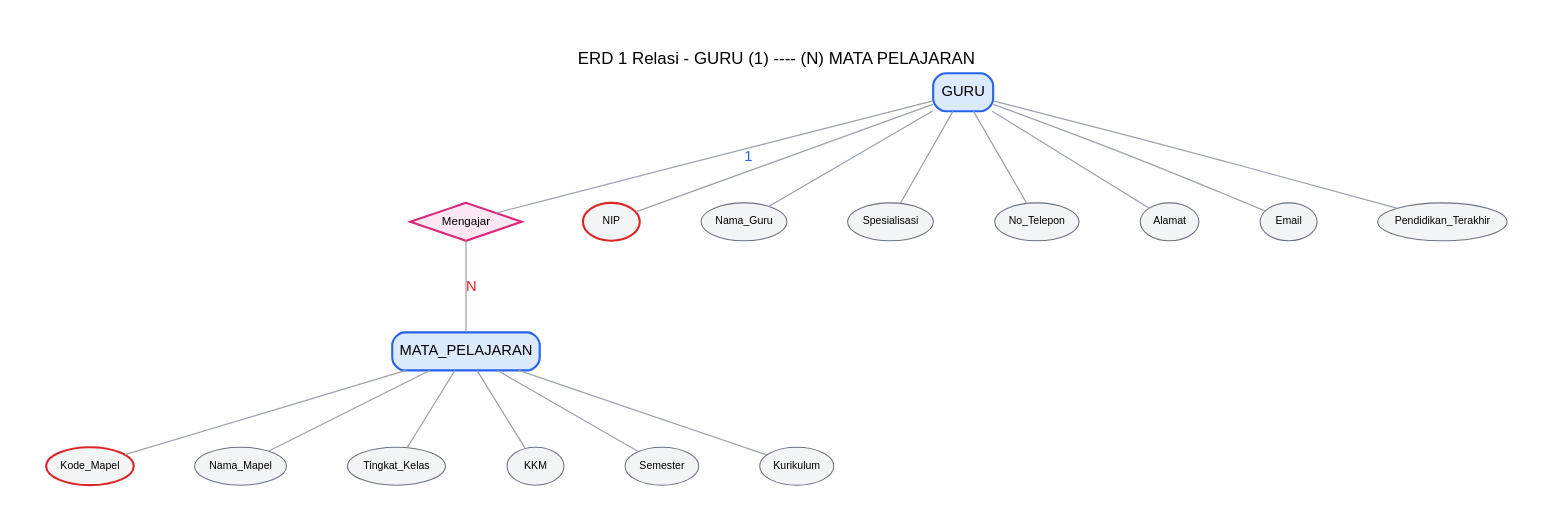
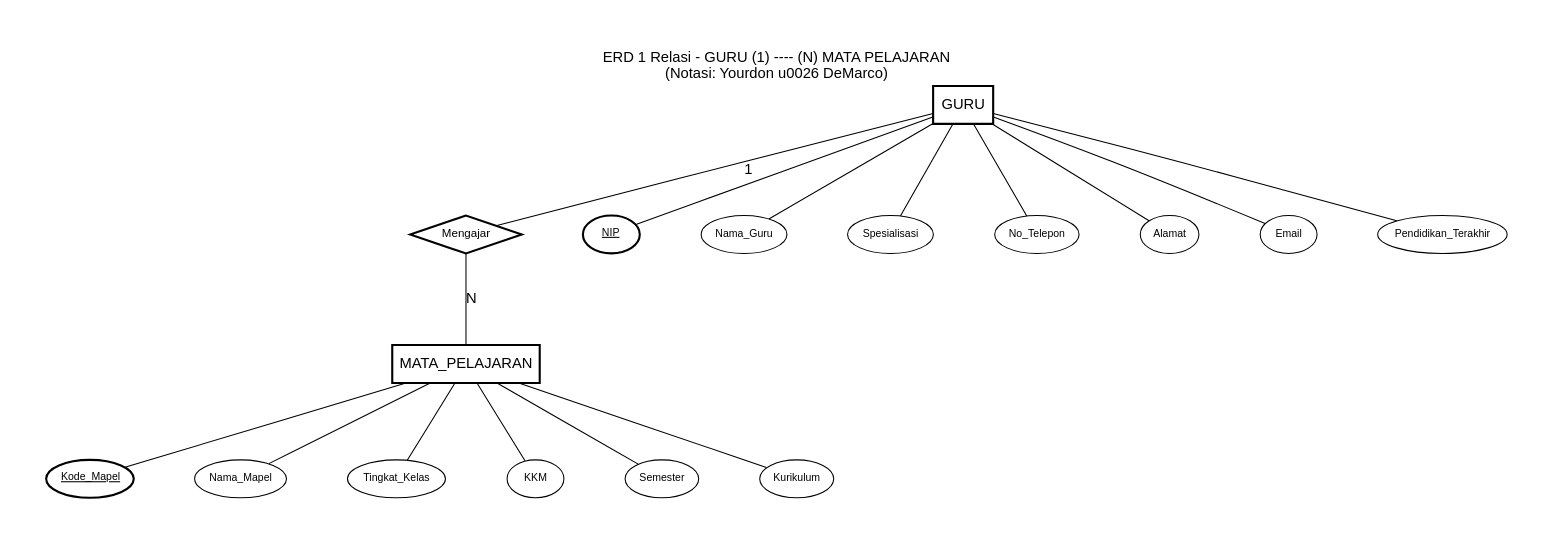
One commit to Aruh1/sias changed the diagram in graphviz/erd_1_relasi.dot. Above: the diagram before and after it, drawn with Graphviz. The commit also changed 15 other files, not shown here.

Commit message:
update to Yourdon/DeMarco

```diff
--- a/graphviz/erd_1_relasi.dot
+++ b/graphviz/erd_1_relasi.dot
@@ -1,67 +1,52 @@
 // ERD 1 Relasi - GURU (1:N) MATA_PELAJARAN
+// Notasi: Yourdon & DeMarco (Chen-style ERD)
 graph ERD_1_Relasi {
     graph [bgcolor=white, fontname="Arial", pad=0.5, nodesep=0.8, ranksep=1.0,
-           label="ERD 1 Relasi - GURU (1) ---- (N) MATA PELAJARAN",
-           labelloc=t, fontsize=16, fontcolor=black];
+           label="ERD 1 Relasi - GURU (1) ---- (N) MATA PELAJARAN\n(Notasi: Yourdon \u0026 DeMarco)",
+           labelloc=t, fontsize=14, fontcolor=black];
     node [fontname="Arial", fontcolor=black, color=black];
-    edge [fontname="Arial", color="#9ca3af", penwidth=1.2];
+    edge [fontname="Arial", color=black, penwidth=1.0];
 
-    // ── Entitas ──
-    GURU [shape=box, style="filled,rounded", fillcolor="#dbeafe", color="#2563eb",
-          label="GURU", fontsize=14, penwidth=2];
-    MAPEL [shape=box, style="filled,rounded", fillcolor="#dbeafe", color="#2563eb",
-           label="MATA_PELAJARAN", fontsize=14, penwidth=2];
+    // ── Entitas (kotak) ──
+    GURU [shape=box, label="GURU", fontsize=14, penwidth=2];
+    MAPEL [shape=box, label="MATA_PELAJARAN", fontsize=14, penwidth=2];
 
-    // ── Relasi ──
-    Mengajar [shape=diamond, style=filled, fillcolor="#fce7f3", color="#db2777",
-              label="Mengajar", fontsize=11, penwidth=2];
+    // ── Relasi (diamond) ──
+    Mengajar [shape=diamond, label="Mengajar", fontsize=11, penwidth=2];
 
-    // ── Koneksi Entitas-Relasi ──
-    GURU -- Mengajar [label="1", fontsize=14, fontcolor="#2563eb"];
-    Mengajar -- MAPEL [label="N", fontsize=14, fontcolor="#dc2626"];
+    // ── Koneksi ──
+    GURU -- Mengajar [label="1", fontsize=14, fontcolor=black];
+    Mengajar -- MAPEL [label="N", fontsize=14, fontcolor=black];
 
-    // ── Atribut GURU ──
-    NIP [shape=ellipse, style=filled, fillcolor="#f3f4f6", color="#dc2626",
-         label="NIP", fontsize=10, penwidth=2];
-    Nama_Guru [shape=ellipse, style=filled, fillcolor="#f3f4f6", color="#6b7280",
-               label="Nama_Guru", fontsize=10];
-    Spesialisasi [shape=ellipse, style=filled, fillcolor="#f3f4f6", color="#6b7280",
-                  label="Spesialisasi", fontsize=10];
-    No_Telepon_G [shape=ellipse, style=filled, fillcolor="#f3f4f6", color="#6b7280",
-                  label="No_Telepon", fontsize=10];
-    Alamat_G [shape=ellipse, style=filled, fillcolor="#f3f4f6", color="#6b7280",
-              label="Alamat", fontsize=10];
-    Email [shape=ellipse, style=filled, fillcolor="#f3f4f6", color="#6b7280",
-           label="Email", fontsize=10];
-    Pendidikan [shape=ellipse, style=filled, fillcolor="#f3f4f6", color="#6b7280",
-                label="Pendidikan_Terakhir", fontsize=10];
+    // ── Atribut GURU (ellipses, PK = tebal) ──
+    NIP [shape=ellipse, label=<<U>NIP</U>>, fontsize=10, penwidth=2];
+    Nama_Guru [shape=ellipse, label="Nama_Guru", fontsize=10];
+    Spesialisasi [shape=ellipse, label="Spesialisasi", fontsize=10];
+    No_Telepon_G [shape=ellipse, label="No_Telepon", fontsize=10];
+    Alamat_G [shape=ellipse, label="Alamat", fontsize=10];
+    Email [shape=ellipse, label="Email", fontsize=10];
+    Pendidikan [shape=ellipse, label="Pendidikan_Terakhir", fontsize=10];
 
     GURU -- NIP;
     GURU -- Nama_Guru;
     GURU -- Spesialisasi;
     GURU -- No_Telepon_G;
     GURU -- Alamat_G;
     GURU -- Email;
     GURU -- Pendidikan;
 
-    // ── Atribut MAPEL ──
-    Kode_Mapel [shape=ellipse, style=filled, fillcolor="#f3f4f6", color="#dc2626",
-                label="Kode_Mapel", fontsize=10, penwidth=2];
-    Nama_Mapel [shape=ellipse, style=filled, fillcolor="#f3f4f6", color="#6b7280",
-                label="Nama_Mapel", fontsize=10];
-    Tingkat_Kelas [shape=ellipse, style=filled, fillcolor="#f3f4f6", color="#6b7280",
-                   label="Tingkat_Kelas", fontsize=10];
-    KKM [shape=ellipse, style=filled, fillcolor="#f3f4f6", color="#6b7280",
-         label="KKM", fontsize=10];
-    Semester [shape=ellipse, style=filled, fillcolor="#f3f4f6", color="#6b7280",
-              label="Semester", fontsize=10];
-    Kurikulum [shape=ellipse, style=filled, fillcolor="#f3f4f6", color="#6b7280",
-               label="Kurikulum", fontsize=10];
+    // ── Atribut MAPEL (ellipses, PK = tebal) ──
+    Kode_Mapel [shape=ellipse, label=<<U>Kode_Mapel</U>>, fontsize=10, penwidth=2];
+    Nama_Mapel [shape=ellipse, label="Nama_Mapel", fontsize=10];
+    Tingkat_Kelas [shape=ellipse, label="Tingkat_Kelas", fontsize=10];
+    KKM [shape=ellipse, label="KKM", fontsize=10];
+    Semester [shape=ellipse, label="Semester", fontsize=10];
+    Kurikulum [shape=ellipse, label="Kurikulum", fontsize=10];
 
     MAPEL -- Kode_Mapel;
     MAPEL -- Nama_Mapel;
     MAPEL -- Tingkat_Kelas;
     MAPEL -- KKM;
     MAPEL -- Semester;
     MAPEL -- Kurikulum;
 }
```
